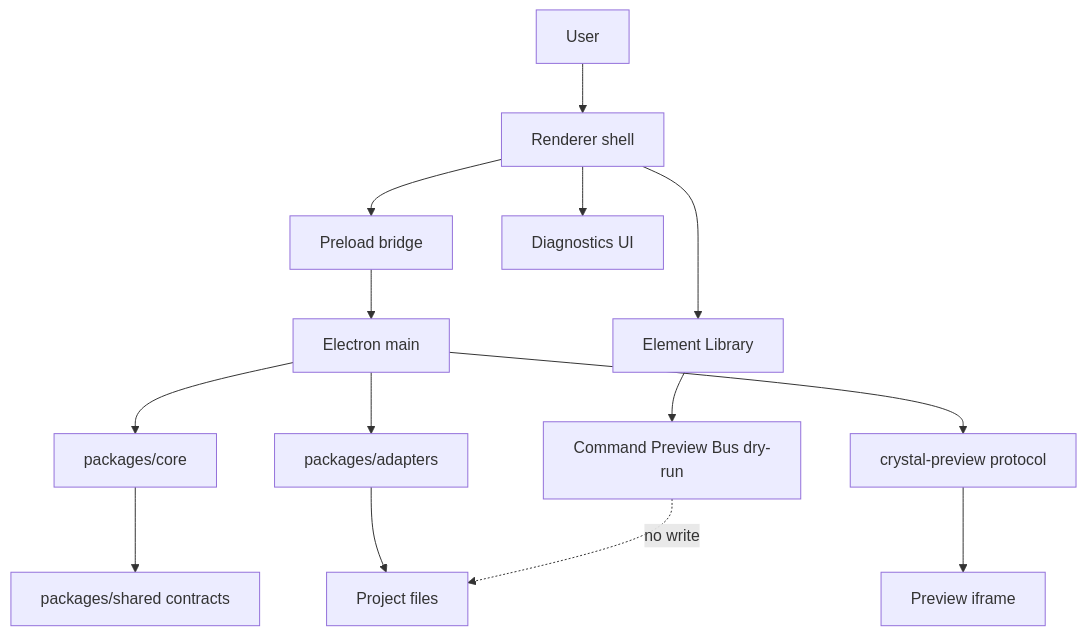
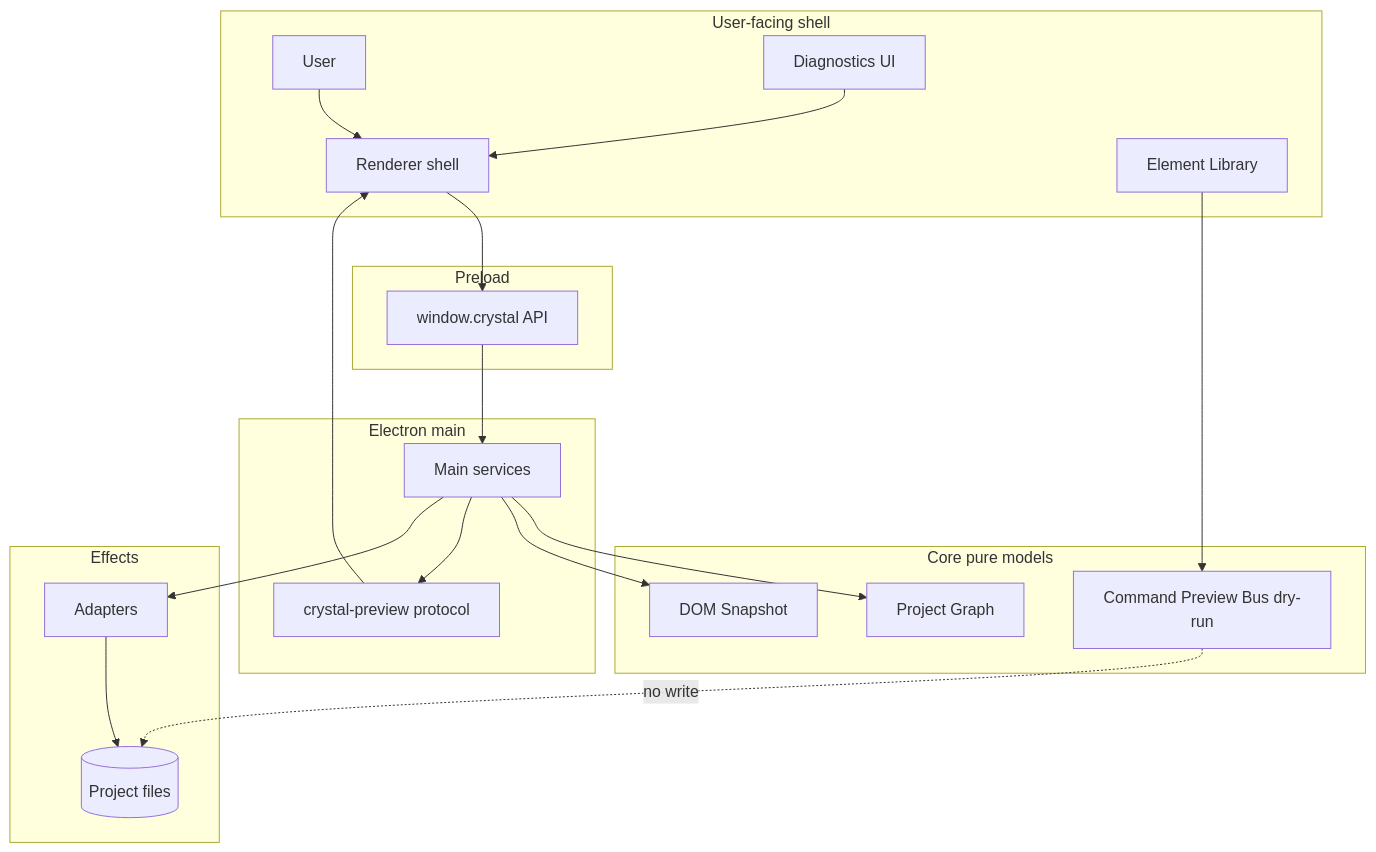
Before and after one commit to krestosa/Crystal: the diagram in docs/architecture/diagrams/system-context.md, drawn with Mermaid. The commit also changed other lines of this file and 21 other files, not shown here.

Commit message:
Add richer architecture diagrams and state flows

````diff
--- a/docs/architecture/diagrams/system-context.md
+++ b/docs/architecture/diagrams/system-context.md
@@ -13,16 +56,39 @@
 ```mermaid
 flowchart TD
-  User[User] --> Renderer[Renderer shell]
-  Renderer --> Preload[Preload bridge]
-  Preload --> Main[Electron main]
-  Main --> Core[packages/core]
-  Main --> Adapters[packages/adapters]
-  Adapters --> ProjectFiles[Project files]
-  Main --> PreviewProtocol[crystal-preview protocol]
-  PreviewProtocol --> PreviewIframe[Preview iframe]
-  Core --> Shared[packages/shared contracts]
-  Renderer --> Diagnostics[Diagnostics UI]
-  Renderer --> ElementLibrary[Element Library]
-  ElementLibrary --> CommandPreview[Command Preview Bus dry-run]
+  subgraph UserSpace[User-facing shell]
+    User[User]
+    Renderer[Renderer shell]
+    Diagnostics[Diagnostics UI]
+    ElementLibrary[Element Library]
+  end
+
+  subgraph Bridge[Preload]
+    API[window.crystal API]
+  end
+
+  subgraph MainRuntime[Electron main]
+    Main[Main services]
+    PreviewProtocol[crystal-preview protocol]
+  end
+
+  subgraph PureCore[Core pure models]
+    ProjectGraph[Project Graph]
+    CommandPreview[Command Preview Bus dry-run]
+    Snapshot[DOM Snapshot]
+  end
+
+  subgraph Effects[Effects]
+    Adapters[Adapters]
+    ProjectFiles[(Project files)]
+  end
+
+  User --> Renderer --> API --> Main
+  Main --> ProjectGraph
+  Main --> Snapshot
+  Main --> PreviewProtocol
+  Main --> Adapters --> ProjectFiles
+  ElementLibrary --> CommandPreview
   CommandPreview -. no write .-> ProjectFiles
+  PreviewProtocol --> Renderer
+  Diagnostics --> Renderer
 ```
````
